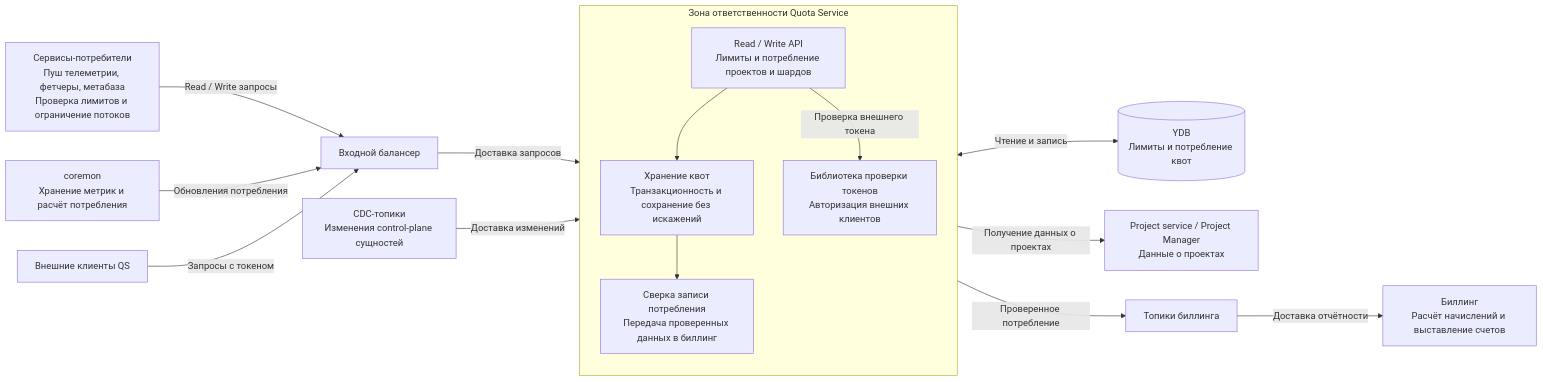
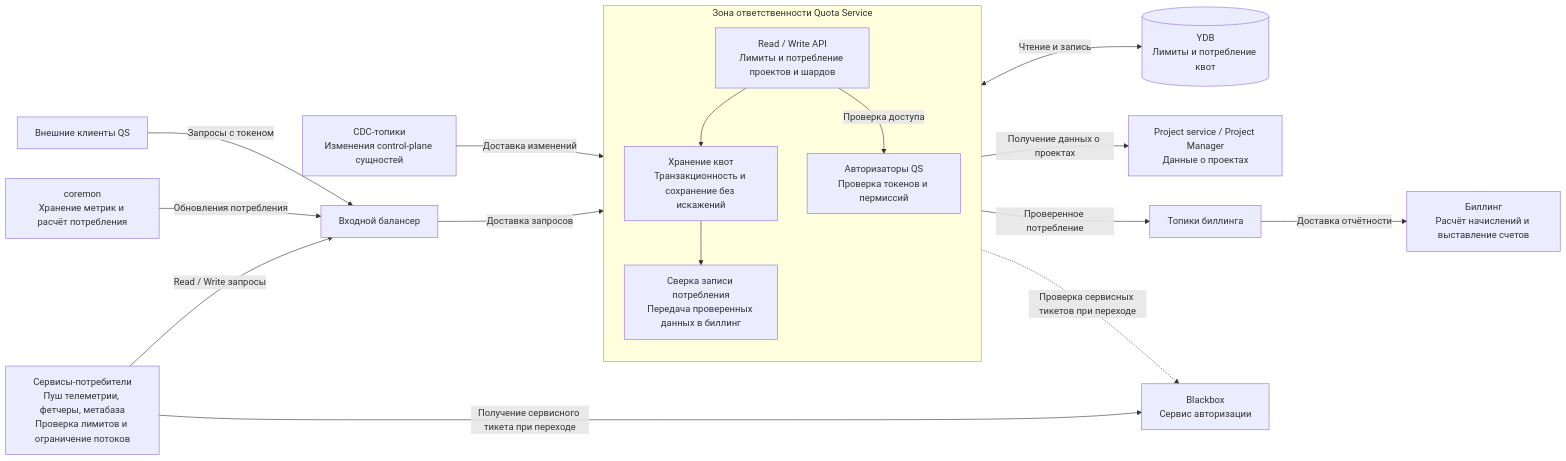
One commit to dudosyka/itil_course changed the diagram in task2.md. Above: the diagram before and after it, drawn with Mermaid. The commit also changed other lines of this file and 2 other files, not shown here.

````diff
--- a/task2.md
+++ b/task2.md
@@ -70,34 +70,38 @@
 ```mermaid
 flowchart LR
     consumers["Сервисы-потребители<br/>Пуш телеметрии, фетчеры, метабаза<br/>Проверка лимитов и ограничение потоков"]
     coremon["coremon<br/>Хранение метрик и расчёт потребления"]
     external["Внешние клиенты QS"]
     balancer["Входной балансер"]
 
     subgraph qs["Зона ответственности Quota Service"]
         direction TB
         api["Read / Write API<br/>Лимиты и потребление проектов и шардов"]
         storage["Хранение квот<br/>Транзакционность и сохранение без искажений"]
         report["Сверка записи потребления<br/>Передача проверенных данных в биллинг"]
-        auth["Библиотека проверки токенов<br/>Авторизация внешних клиентов"]
+        auth["Авторизаторы QS<br/>Проверка токенов и пермиссий"]
         api --> storage
         storage --> report
-        api -->|"Проверка внешнего токена"| auth
+        api -->|"Проверка доступа"| auth
     end
 
     ydb[("YDB<br/>Лимиты и потребление квот")]
     project["Project service / Project Manager<br/>Данные о проектах"]
     cdc["CDC-топики<br/>Изменения control-plane сущностей"]
     billingTopics["Топики биллинга"]
     billing["Биллинг<br/>Расчёт начислений и выставление счетов"]
+    blackbox["Blackbox<br/>Сервис авторизации"]
+
+    consumers -->|"Получение сервисного тикета при переходе"| blackbox
+    auth -.->|"Проверка сервисных тикетов при переходе"| blackbox
 
     consumers -->|"Read / Write запросы"| balancer
     coremon -->|"Обновления потребления"| balancer
     external -->|"Запросы с токеном"| balancer
     balancer -->|"Доставка запросов"| api
     storage <-->|"Чтение и запись"| ydb
     api -->|"Получение данных о проектах"| project
     cdc -->|"Доставка изменений"| api
     report -->|"Проверенное потребление"| billingTopics
     billingTopics -->|"Доставка отчётности"| billing
 ```
````
